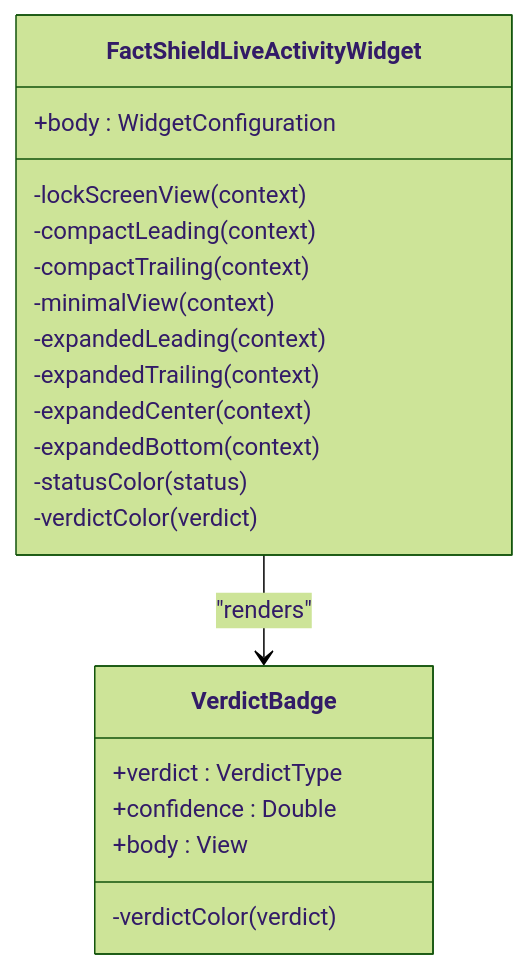
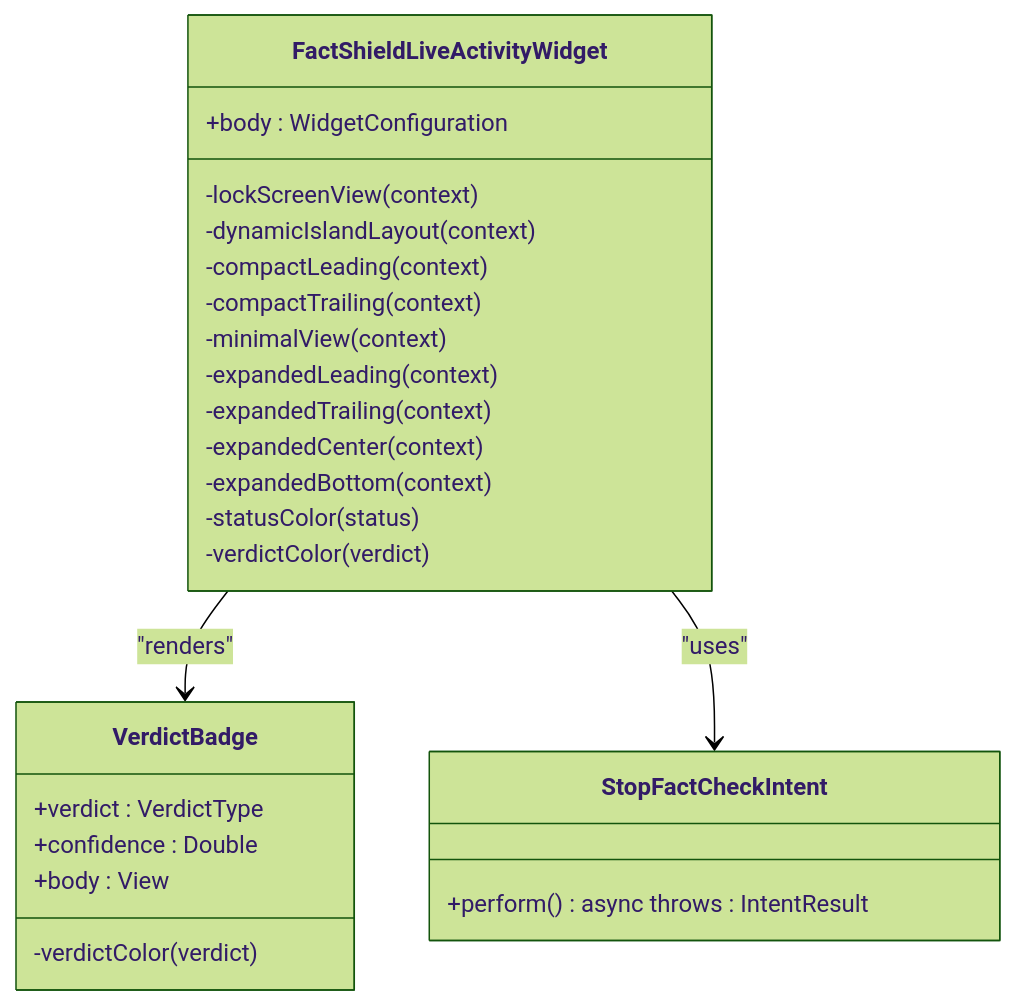
The third of 4 diagrams in .qoder/repowiki/en/content/Live Activity Integration/Widget Development.md (alexandreybasta-cyber/factshield-ios), drawn with Mermaid (forest theme) before and after one commit. The commit also changed other lines of this file and 97 other files, not shown here.

````diff
--- a/.qoder/repowiki/en/content/Live Activity Integration/Widget Development.md
+++ b/.qoder/repowiki/en/content/Live Activity Integration/Widget Development.md
@@ -178,23 +245,28 @@
 ```mermaid
 classDiagram
 class FactShieldLiveActivityWidget {
 +body : WidgetConfiguration
 -lockScreenView(context)
+-dynamicIslandLayout(context)
 -compactLeading(context)
 -compactTrailing(context)
 -minimalView(context)
 -expandedLeading(context)
 -expandedTrailing(context)
 -expandedCenter(context)
 -expandedBottom(context)
 -statusColor(status)
 -verdictColor(verdict)
 }
 class VerdictBadge {
 +verdict : VerdictType
 +confidence : Double
 +body : View
 -verdictColor(verdict)
 }
+class StopFactCheckIntent {
++perform() async throws : IntentResult
+}
 FactShieldLiveActivityWidget --> VerdictBadge : "renders"
+FactShieldLiveActivityWidget --> StopFactCheckIntent : "uses"
 ```
````
